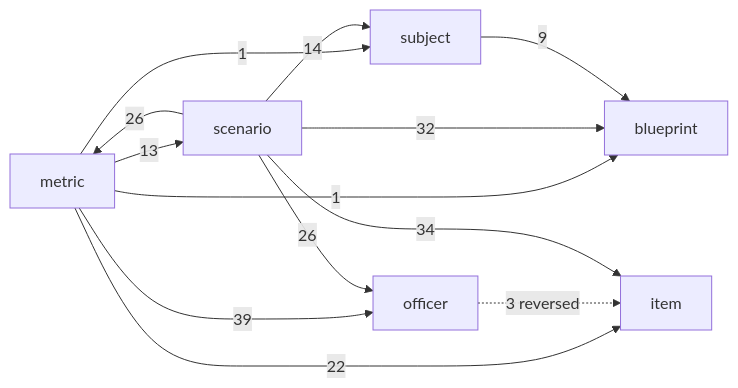
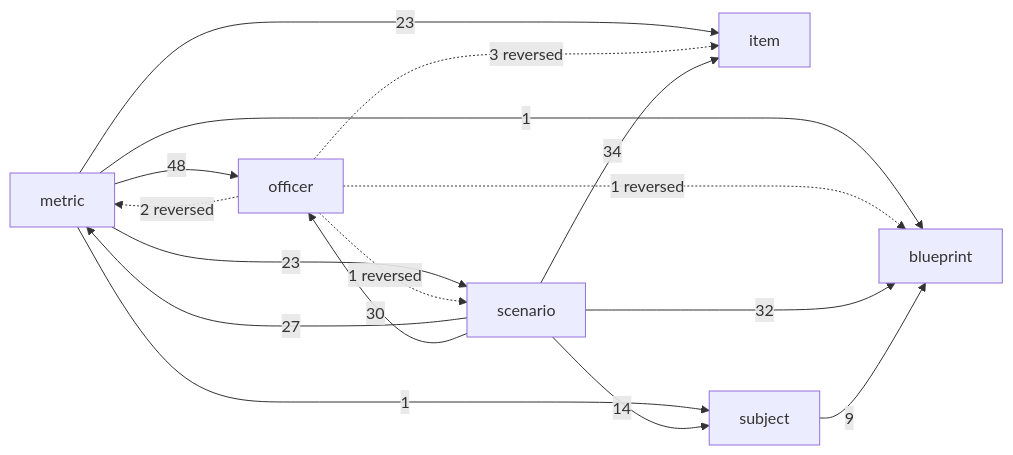
One commit to geraldmaron/tactically-idle changed the diagram in docs/architecture.md. Above: the diagram before and after it, drawn with Mermaid. The commit also changed other lines of this file and 49 other files, not shown here.

````diff
--- a/docs/architecture.md
+++ b/docs/architecture.md
@@ -39,15 +39,18 @@
 ```mermaid
 flowchart LR
   metric -->|1| blueprint
-  metric -->|22| item
-  metric -->|39| officer
-  metric -->|13| scenario
+  metric -->|23| item
+  metric -->|48| officer
+  metric -->|23| scenario
   metric -->|1| subject
+  officer -.->|1 reversed| blueprint
   officer -.->|3 reversed| item
+  officer -.->|2 reversed| metric
+  officer -.->|1 reversed| scenario
   scenario -->|32| blueprint
   scenario -->|34| item
-  scenario -->|26| metric
-  scenario -->|26| officer
+  scenario -->|27| metric
+  scenario -->|30| officer
   scenario -->|14| subject
   subject -->|9| blueprint
 ```
````
